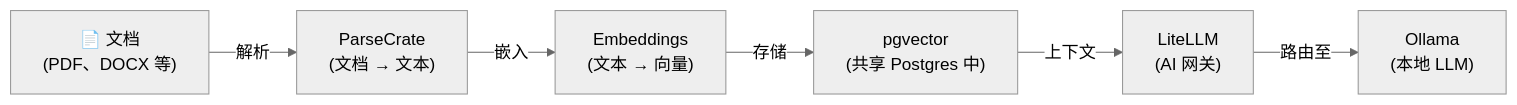
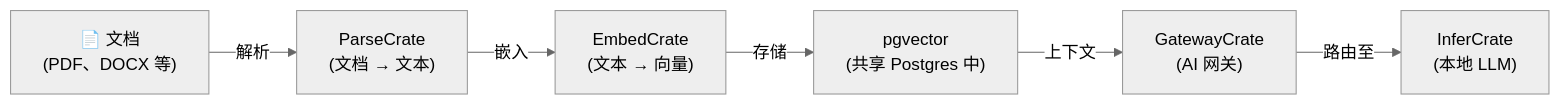
Before and after one commit to hwdsl2/self-hosted-ai-stack: the diagram in stacks/rag-pipeline-full/README-zh.md, drawn with Mermaid (neutral theme). The commit also changed other lines of this file and 47 other files, not shown here.

````diff
--- a/stacks/rag-pipeline-full/README-zh.md
+++ b/stacks/rag-pipeline-full/README-zh.md
@@ -17,8 +17,8 @@
 ```mermaid
 graph LR
     D["📄 文档<br/>(PDF、DOCX 等)"] -->|解析| DC["ParseCrate<br/>(文档 → 文本)"]
-    DC -->|嵌入| E["Embeddings<br/>(文本 → 向量)"]
+    DC -->|嵌入| E["EmbedCrate<br/>(文本 → 向量)"]
     E -->|存储| VDB["pgvector<br/>(共享 Postgres 中)"]
-    VDB -->|上下文| L["LiteLLM<br/>(AI 网关)"]
-    L -->|路由至| O["Ollama<br/>(本地 LLM)"]
+    VDB -->|上下文| L["GatewayCrate<br/>(AI 网关)"]
+    L -->|路由至| O["InferCrate<br/>(本地 LLM)"]
 ```
````
